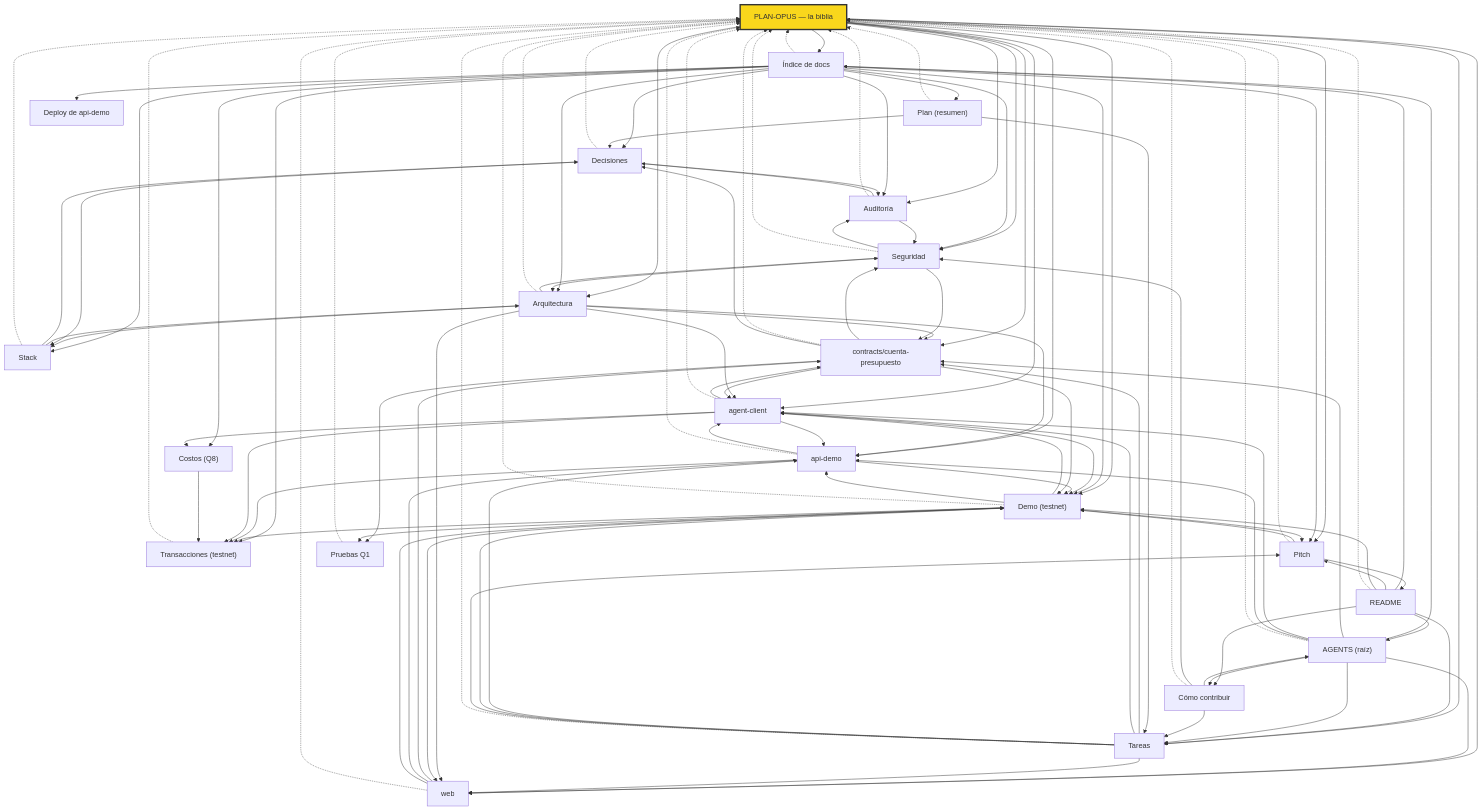
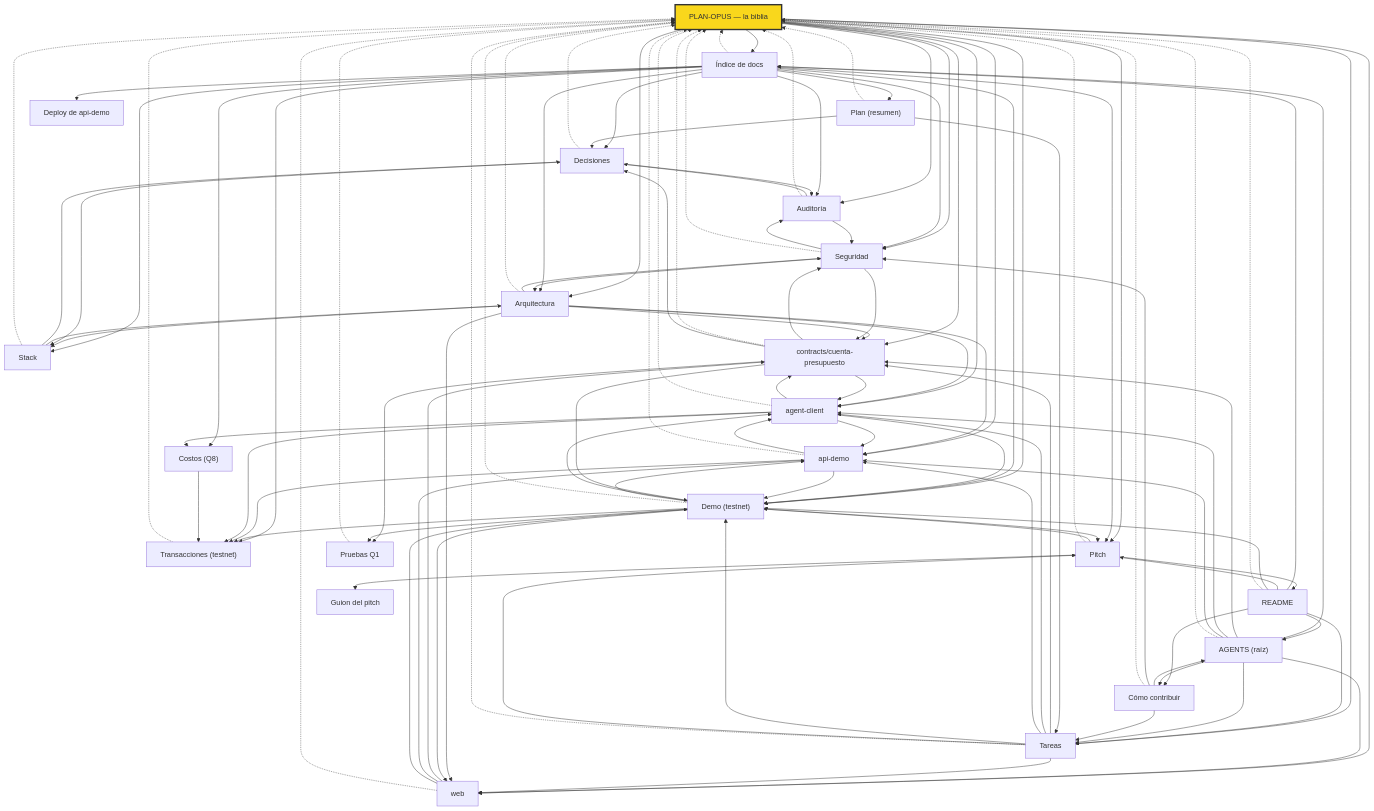
The diagram in docs/MAPA.md (jxsu404/quickchain), drawn with Mermaid before and after one commit. The commit also changed other lines of this file and 7 other files, not shown here.

Commit message:
Q13: deck Stellar QuickPass, guion y capturas en docs/pitch/

```diff
--- a/docs/MAPA.md
+++ b/docs/MAPA.md
@@ -21,6 +21,7 @@
   docs_COSTOS_md["Costos (Q8)"]
   docs_deploy_api_md["Deploy de api-demo"]
   docs_PITCH_md["Pitch"]
+  docs_pitch_GUION_md["Guion del pitch"]
   docs_pruebas_q1_md["Pruebas Q1"]
   contracts_cuenta_presupuesto_AGENTS_md["contracts/cuenta-presupuesto"]
   agent_client_AGENTS_md["agent-client"]
@@ -99,6 +100,7 @@
   docs_DEMO_md --> web_AGENTS_md
   docs_PITCH_md --> docs_DEMO_md
   docs_PITCH_md --> README_md
+  docs_PITCH_md --> docs_pitch_GUION_md
   contracts_cuenta_presupuesto_AGENTS_md --> agent_client_AGENTS_md
   contracts_cuenta_presupuesto_AGENTS_md --> docs_SEGURIDAD_md
   agent_client_AGENTS_md --> contracts_cuenta_presupuesto_AGENTS_md
```
